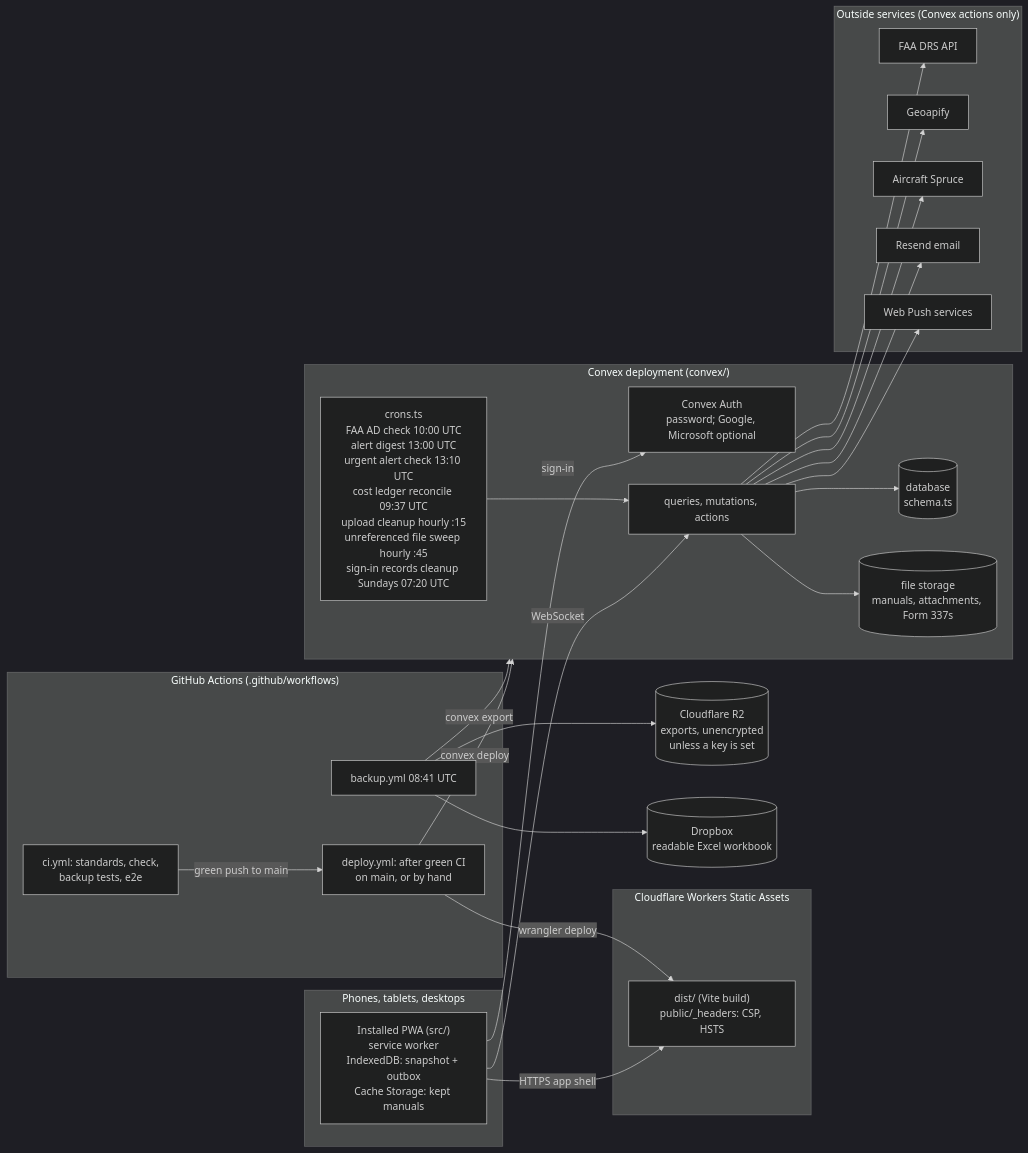
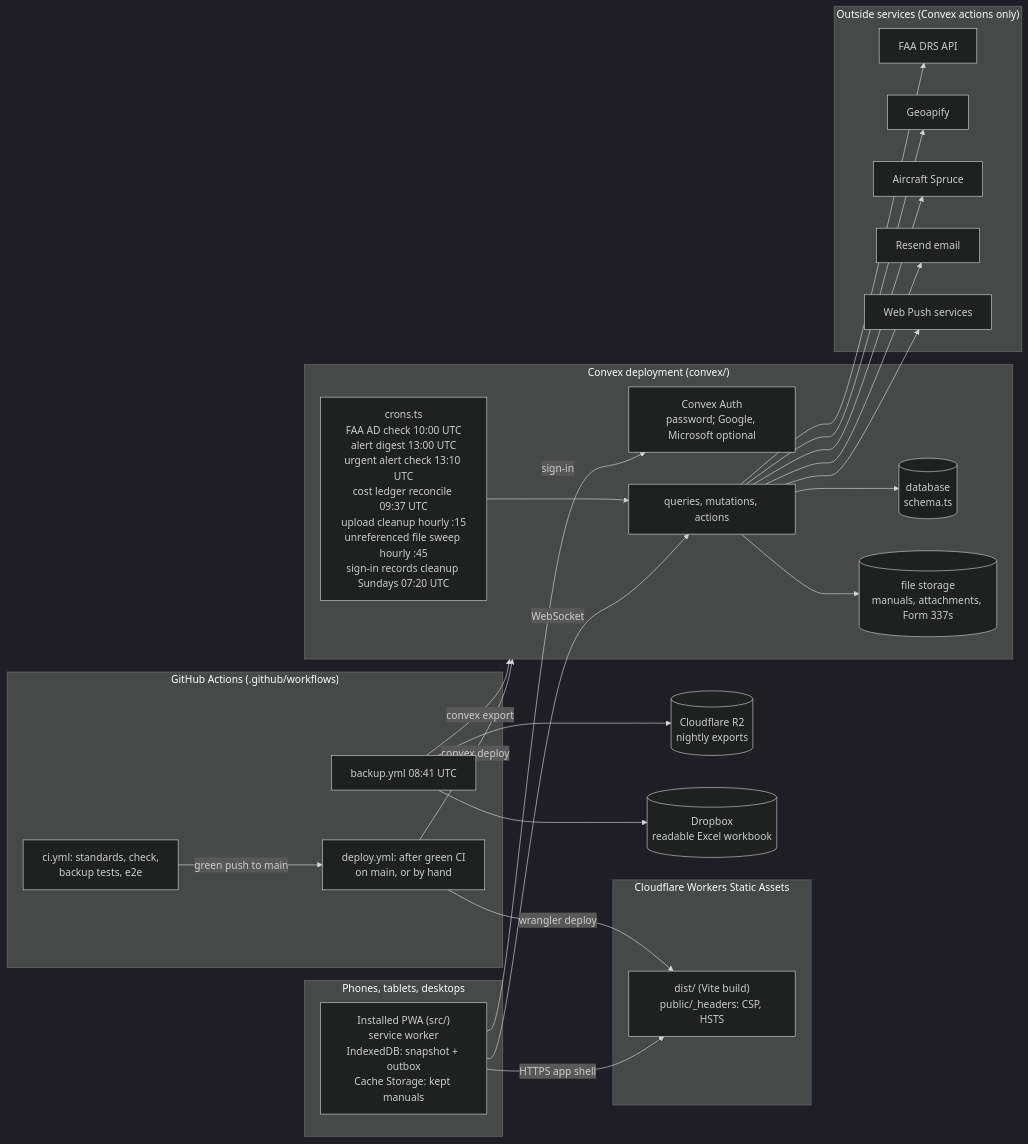
One commit to angelone-aviation/AO-aircraft-maintenance changed the first of 3 diagrams in CONTEXT.md. Above: the diagram before and after it, drawn with Mermaid (dark theme). The commit also changed other lines of this file and 24 other files, not shown here.

````diff
--- a/CONTEXT.md
+++ b/CONTEXT.md
@@ -11,48 +11,48 @@
 ```mermaid
 flowchart LR
   subgraph Devices["Phones, tablets, desktops"]
     PWA["Installed PWA (src/)<br/>service worker<br/>IndexedDB: snapshot + outbox<br/>Cache Storage: kept manuals"]
   end
   subgraph CF["Cloudflare Workers Static Assets"]
     Static["dist/ (Vite build)<br/>public/_headers: CSP, HSTS"]
   end
   subgraph Convex["Convex deployment (convex/)"]
     Auth["Convex Auth<br/>password; Google, Microsoft optional"]
     Fns["queries, mutations, actions"]
     DB[("database<br/>schema.ts")]
     Files[("file storage<br/>manuals, attachments, Form 337s")]
     Crons["crons.ts<br/>FAA AD check 10:00 UTC<br/>alert digest 13:00 UTC<br/>urgent alert check 13:10 UTC<br/>cost ledger reconcile 09:37 UTC<br/>upload cleanup hourly :15<br/>unreferenced file sweep hourly :45<br/>sign-in records cleanup Sundays 07:20 UTC"]
   end
   subgraph Ext["Outside services (Convex actions only)"]
     FAA["FAA DRS API"]
     Geo["Geoapify"]
     Spruce["Aircraft Spruce"]
     Resend["Resend email"]
     Push["Web Push services"]
   end
   subgraph GH["GitHub Actions (.github/workflows)"]
     CI["ci.yml: standards, check,<br/>backup tests, e2e"]
     Deploy["deploy.yml: after green CI<br/>on main, or by hand"]
     Nightly["backup.yml 08:41 UTC"]
   end
-  R2[("Cloudflare R2<br/>exports, unencrypted<br/>unless a key is set")]
+  R2[("Cloudflare R2<br/>nightly exports")]
   Dropbox[("Dropbox<br/>readable Excel workbook")]
 
   PWA -->|HTTPS app shell| Static
   PWA -->|WebSocket| Fns
   PWA -->|sign-in| Auth
   Fns --> DB
   Fns --> Files
   Crons --> Fns
   Fns --> FAA
   Fns --> Geo
   Fns --> Spruce
   Fns --> Resend
   Fns --> Push
   CI -->|green push to main| Deploy
   Deploy -->|convex deploy| Convex
   Deploy -->|wrangler deploy| Static
   Nightly -->|convex export| Convex
   Nightly --> R2
   Nightly --> Dropbox
 ```
````
